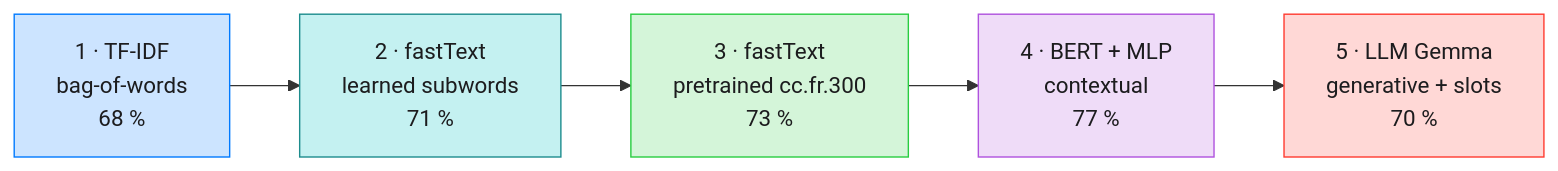
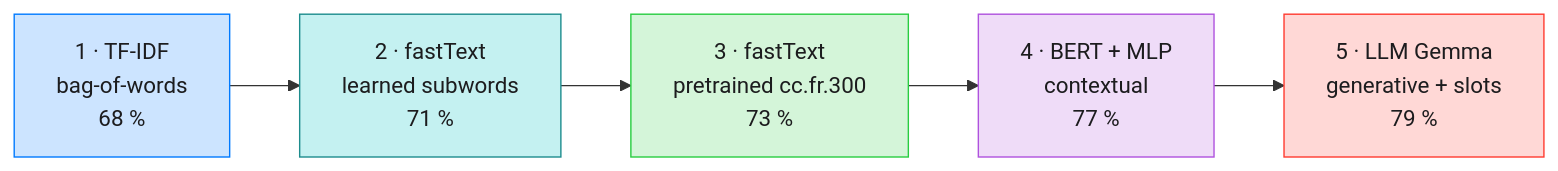
The first of 2 diagrams in README.md (warith-harchaoui/intentions), drawn with Mermaid before and after one commit. The commit also changed other lines of this file and 11 other files, not shown here.

````diff
--- a/README.md
+++ b/README.md
@@ -52,9 +52,9 @@
 ```mermaid
 flowchart LR
-    A["1 · TF-IDF<br/>bag-of-words<br/>68 %"] --> B["2 · fastText<br/>learned subwords<br/>71 %"] --> C["3 · fastText<br/>pretrained cc.fr.300<br/>73 %"] --> D["4 · BERT + MLP<br/>contextual<br/>77 %"] --> E["5 · LLM Gemma<br/>generative + slots<br/>70 %"]
+    A["1 · TF-IDF<br/>bag-of-words<br/>68 %"] --> B["2 · fastText<br/>learned subwords<br/>71 %"] --> C["3 · fastText<br/>pretrained cc.fr.300<br/>73 %"] --> D["4 · BERT + MLP<br/>contextual<br/>77 %"] --> E["5 · LLM Gemma<br/>generative + slots<br/>79 %"]
     style A fill:#CCE4FF,stroke:#007AFF,color:#1C1C1E
     style B fill:#C4F1F1,stroke:#1D8C8D,color:#1C1C1E
     style C fill:#D4F5D9,stroke:#28CD41,color:#1C1C1E
     style D fill:#EFDCF8,stroke:#AF52DE,color:#1C1C1E
     style E fill:#FFD8D6,stroke:#FF3B30,color:#1C1C1E
 ```
````
